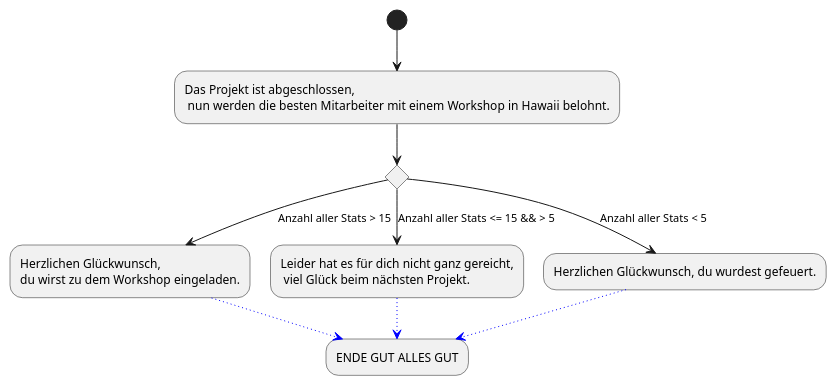
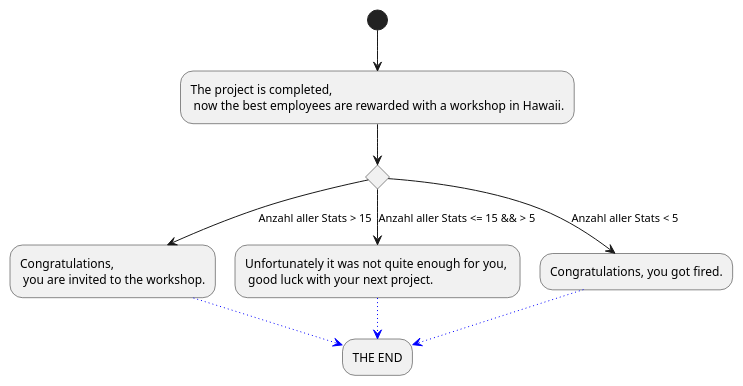
The diagram in Docs/Technical Specifications/docs/diagrams/StoryFlow/StoryFlow_Decision_16.puml (Brotenko/QualityQuest), drawn with PlantUML before and after one commit. The commit also changed 14 other files, not shown here.

```diff
--- a/Docs/Technical Specifications/docs/diagrams/StoryFlow/StoryFlow_Decision_16.puml
+++ b/Docs/Technical Specifications/docs/diagrams/StoryFlow/StoryFlow_Decision_16.puml
@@ -1,12 +1,12 @@
 @startuml
-(*) --> "Das Projekt ist abgeschlossen, \n nun werden die besten Mitarbeiter mit einem Workshop in Hawaii belohnt." as shop
+(*) --> "The project is completed, \n now the best employees are rewarded with a workshop in Hawaii." as shop
 if "" then
---> [Anzahl aller Stats > 15] "Herzlichen Glückwunsch, \ndu wirst zu dem Workshop eingeladen." as a
+--> [Anzahl aller Stats > 15] "Congratulations, \n you are invited to the workshop." as a
 else 
---> [Anzahl aller Stats <= 15 && > 5] "Leider hat es für dich nicht ganz gereicht,\n viel Glück beim nächsten Projekt." as b
+--> [Anzahl aller Stats <= 15 && > 5] "Unfortunately it was not quite enough for you, \n good luck with your next project." as b
 else
---> [Anzahl aller Stats < 5] "Herzlichen Glückwunsch, du wurdest gefeuert."
--[#blue,dotted]-> "ENDE GUT ALLES GUT" as ende
+--> [Anzahl aller Stats < 5] "Congratulations, you got fired."
+-[#blue,dotted]-> "THE END" as ende
 a -[#blue,dotted]-> ende
 b -[#blue,dotted]-> ende
 @enduml
```
